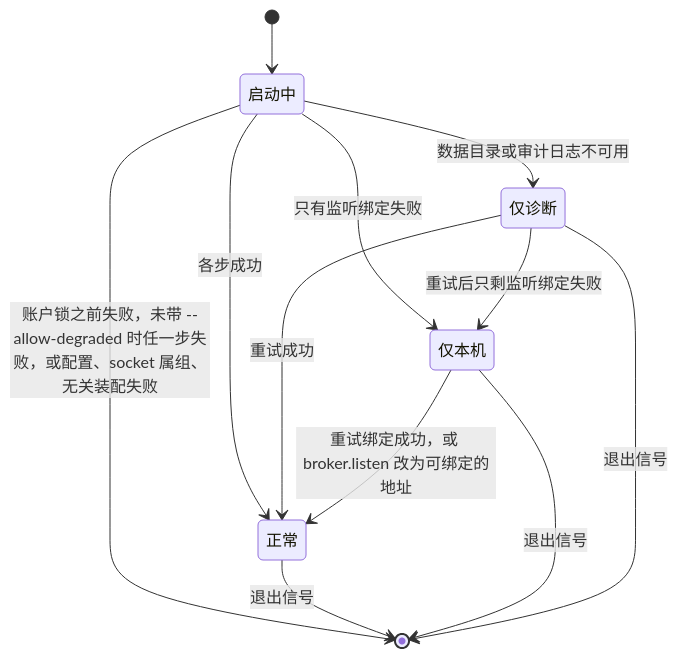
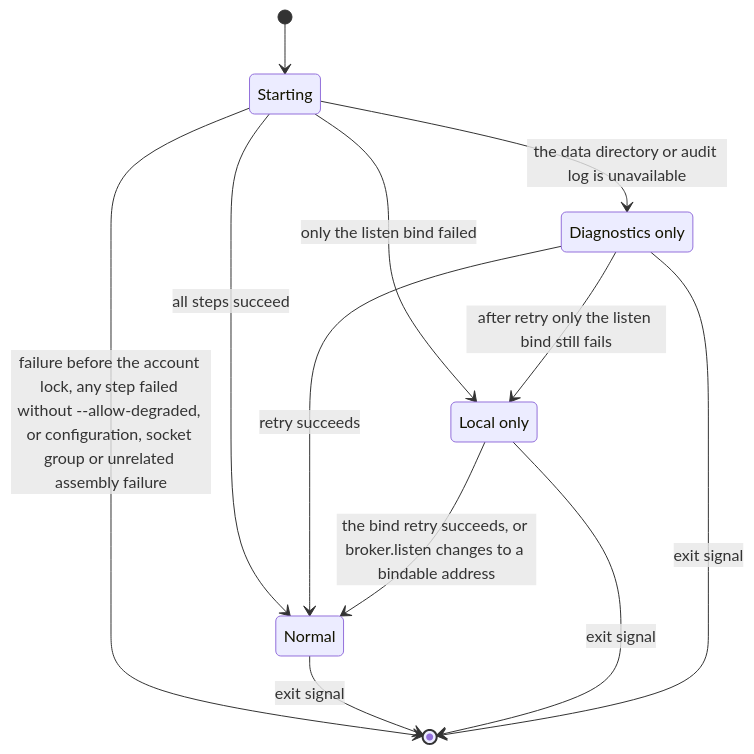
The second of 2 diagrams in docs/design/modules/design-broker.md (wangzw/peers), drawn with Mermaid before and after one commit. The commit also changed other lines of this file, not shown here.

Commit message:
docs(design): translate the broker module design to English

````diff
--- a/docs/design/modules/design-broker.md
+++ b/docs/design/modules/design-broker.md
@@ -372,18 +372,18 @@
 ```mermaid
 stateDiagram-v2
-    state "启动中" as Starting
-    state "正常" as Normal
-    state "仅本机" as LocalOnly
-    state "仅诊断" as DiagOnly
+    state "Starting" as Starting
+    state "Normal" as Normal
+    state "Local only" as LocalOnly
+    state "Diagnostics only" as DiagOnly
     [*] --> Starting
-    Starting --> [*]: 账户锁之前失败，未带 --allow-degraded 时任一步失败，或配置、socket 属组、无关装配失败
-    Starting --> Normal: 各步成功
-    Starting --> LocalOnly: 只有监听绑定失败
-    Starting --> DiagOnly: 数据目录或审计日志不可用
-    DiagOnly --> LocalOnly: 重试后只剩监听绑定失败
-    DiagOnly --> Normal: 重试成功
-    LocalOnly --> Normal: 重试绑定成功，或 broker.listen 改为可绑定的地址
-    Normal --> [*]: 退出信号
-    LocalOnly --> [*]: 退出信号
-    DiagOnly --> [*]: 退出信号
+    Starting --> [*]: failure before the account lock, any step failed without --allow-degraded, or configuration, socket group or unrelated assembly failure
+    Starting --> Normal: all steps succeed
+    Starting --> LocalOnly: only the listen bind failed
+    Starting --> DiagOnly: the data directory or audit log is unavailable
+    DiagOnly --> LocalOnly: after retry only the listen bind still fails
+    DiagOnly --> Normal: retry succeeds
+    LocalOnly --> Normal: the bind retry succeeds, or broker.listen changes to a bindable address
+    Normal --> [*]: exit signal
+    LocalOnly --> [*]: exit signal
+    DiagOnly --> [*]: exit signal
 ```
````
